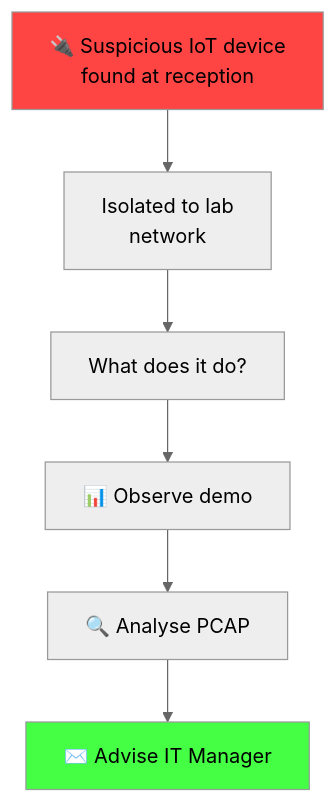
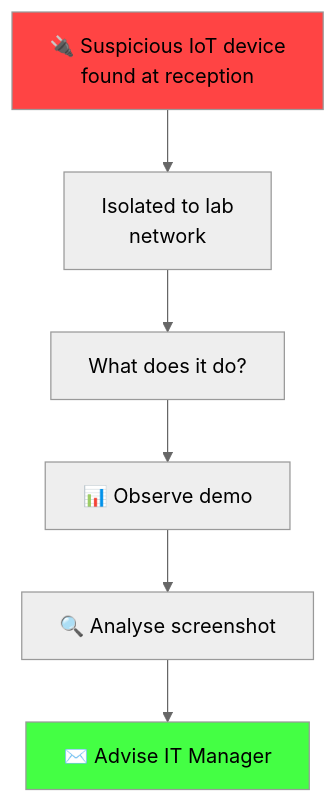
Before and after one commit to prgrobots/mkdocs-cyber: the first of 2 diagrams in slides/week-08.md, drawn with Mermaid (neutral theme). The commit also changed other lines of this file and 2 other files, not shown here.

First line of the commit message:
Replace PCAP hands-on with screenshot analysis in Week 8

````diff
--- a/slides/week-08.md
+++ b/slides/week-08.md
@@ -47,10 +47,10 @@
 ```mermaid
 flowchart TD
     A["🔌 Suspicious IoT device<br/>found at reception"] --> B["Isolated to lab<br/>network"]
     B --> C["What does it do?"]
     C --> D["📊 Observe demo"]
-    D --> E["🔍 Analyse PCAP"]
+    D --> E["🔍 Analyse screenshot"]
     E --> F["✉️ Advise IT Manager"]
     style A fill:#ff4444
     style F fill:#44ff44
 ```
````
